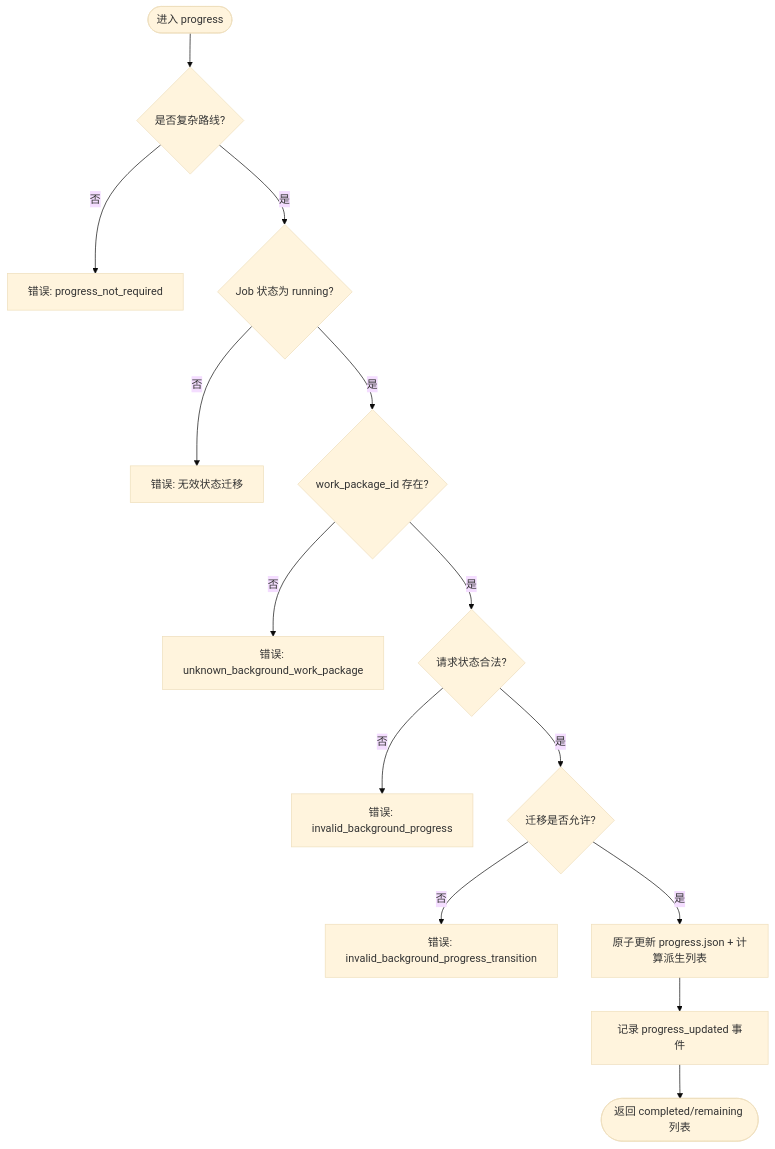
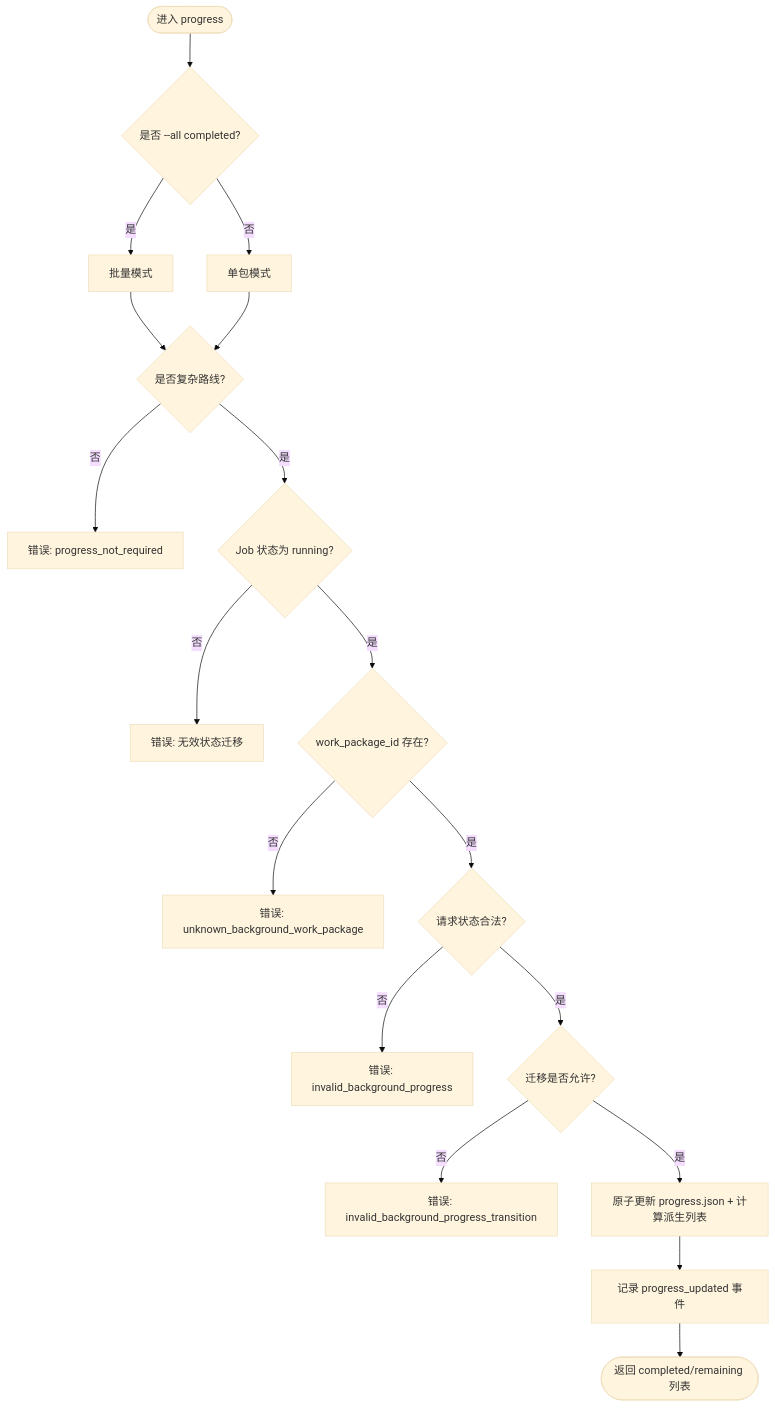
The fourth of 8 diagrams in .qoder/repowiki/zh/content/核心概念/后台任务模型/生命周期命令/生命周期命令.md (HackSing/docs-harness), drawn with Mermaid (base theme) before and after one commit. The commit also changed other lines of this file and 45 other files, not shown here.

First line of the commit message:
feat(harness): v1.7.6 按变更面选择验证强度、git_commit 受控意图与关键词 Gate 路由移除

````diff
--- a/.qoder/repowiki/zh/content/核心概念/后台任务模型/生命周期命令/生命周期命令.md
+++ b/.qoder/repowiki/zh/content/核心概念/后台任务模型/生命周期命令/生命周期命令.md
@@ -181,16 +215,20 @@
 ```mermaid
 flowchart TD
-PStart(["进入 progress"]) --> CheckRoute{"是否复杂路线?"}
+PStart(["进入 progress"]) --> CheckAll{"是否 --all completed?"}
+CheckAll --> |是| BatchMode["批量模式"]
+CheckAll --> |否| SingleMode["单包模式"]
+BatchMode --> CheckRoute{"是否复杂路线?"}
+SingleMode --> CheckRoute
 CheckRoute --> |否| ErrNotRequired["错误: progress_not_required"]
 CheckRoute --> |是| CheckState{"Job 状态为 running?"}
 CheckState --> |否| ErrTransition["错误: 无效状态迁移"]
 CheckState --> |是| ValidateWP{"work_package_id 存在?"}
 ValidateWP --> |否| ErrUnknownWP["错误: unknown_background_work_package"]
 ValidateWP --> |是| ValidateStatus{"请求状态合法?"}
 ValidateStatus --> |否| ErrInvalidStatus["错误: invalid_background_progress"]
 ValidateStatus --> |是| CheckTransition{"迁移是否允许?"}
 CheckTransition --> |否| ErrInvalidTransition["错误: invalid_background_progress_transition"]
 CheckTransition --> |是| Update["原子更新 progress.json + 计算派生列表"]
 Update --> Record["记录 progress_updated 事件"]
 Record --> PEnd(["返回 completed/remaining 列表"])
 ```
````
